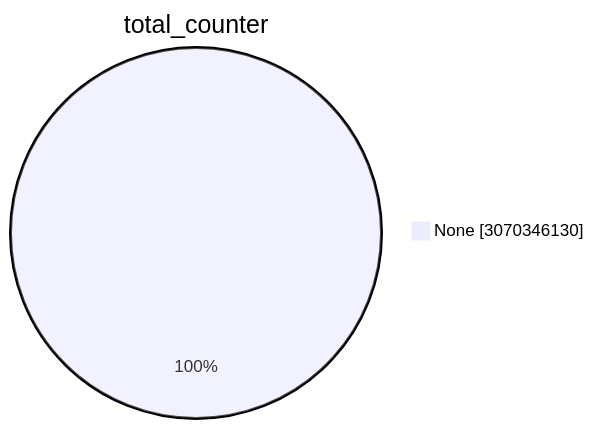
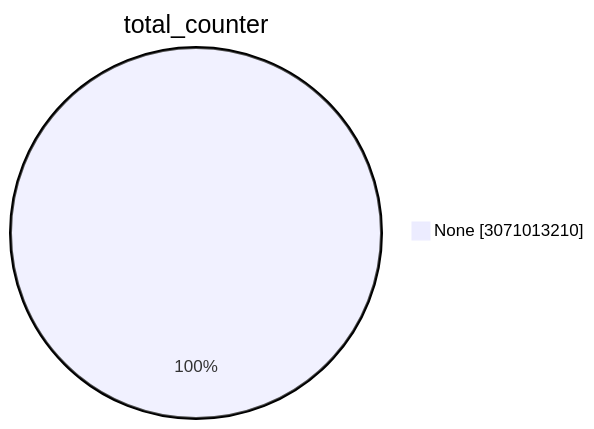
Before and after one commit to christiankrug/ctmonitor_visualization: the first of 15 diagrams in TOTAL/README.md, drawn with Mermaid. The commit also changed other lines of this file, not shown here.

````diff
--- a/TOTAL/README.md
+++ b/TOTAL/README.md
@@ -1,5 +1,5 @@
 ```mermaid
 pie showData
 title total_counter
-"None" :3070346130
+"None" :3071013210
 ```
````
